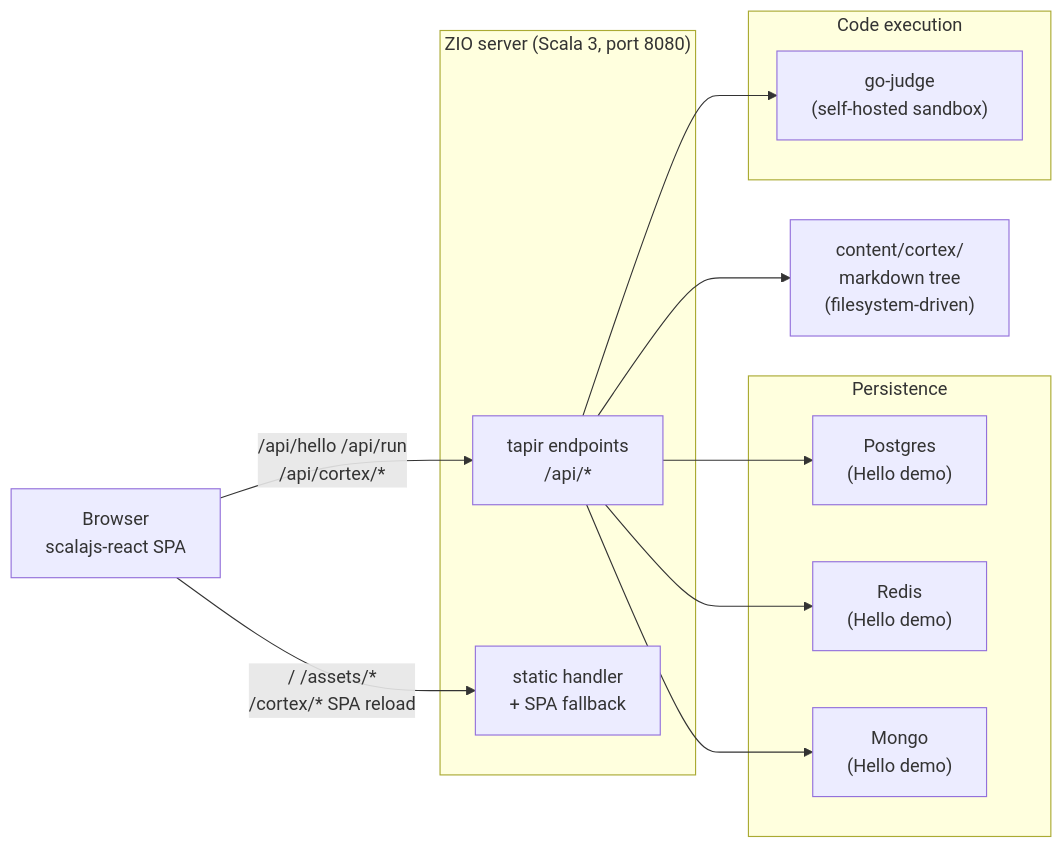
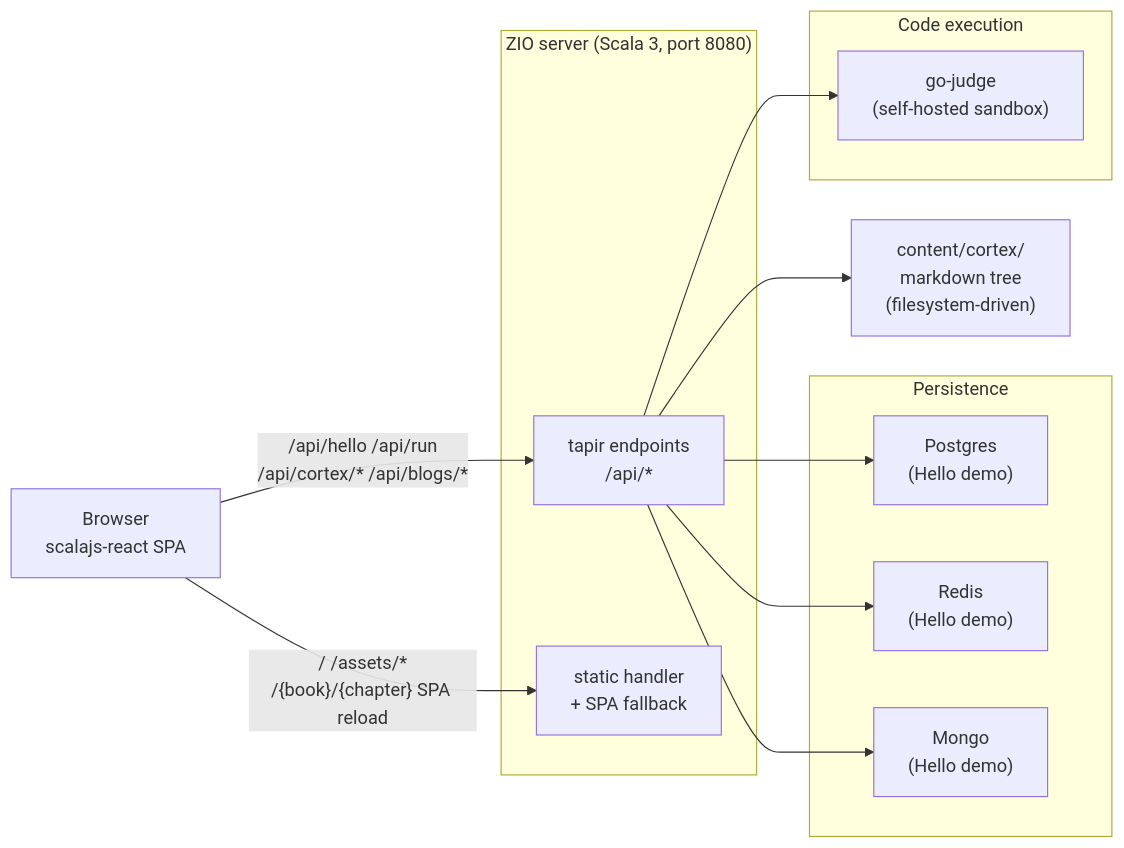
The diagram in content/cortex/cortex-onboarding/01-start-here/01-overview.md (ani2fun/cortex), drawn with Mermaid before and after one commit. The commit also changed other lines of this file and 12 other files, not shown here.

````diff
--- a/content/cortex/cortex-onboarding/01-start-here/01-overview.md
+++ b/content/cortex/cortex-onboarding/01-start-here/01-overview.md
@@ -21,25 +23,25 @@
 ```mermaid
 flowchart LR
   Browser["Browser<br/>scalajs-react SPA"]
   subgraph Server["ZIO server (Scala 3, port 8080)"]
     Tapir["tapir endpoints<br/>/api/*"]
     Static["static handler<br/>+ SPA fallback"]
   end
   subgraph Stores["Persistence"]
     PG["Postgres<br/>(Hello demo)"]
     R["Redis<br/>(Hello demo)"]
     M["Mongo<br/>(Hello demo)"]
   end
   subgraph Sandbox["Code execution"]
     GJ["go-judge<br/>(self-hosted sandbox)"]
   end
   FS["content/cortex/<br/>markdown tree<br/>(filesystem-driven)"]
 
-  Browser -- "/api/hello /api/run<br/>/api/cortex/*" --> Tapir
-  Browser -- "/ /assets/*<br/>/cortex/* SPA reload" --> Static
+  Browser -- "/api/hello /api/run<br/>/api/cortex/* /api/blogs/*" --> Tapir
+  Browser -- "/ /assets/*<br/>/{book}/{chapter} SPA reload" --> Static
   Tapir --> PG
   Tapir --> R
   Tapir --> M
   Tapir --> GJ
   Tapir --> FS
 ```
````
